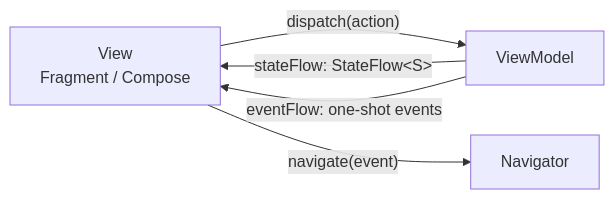
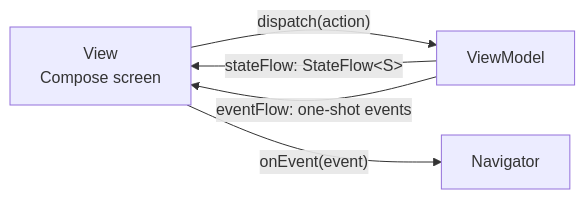
The diagram in docs/index.md (carmabs/Ema), drawn with Mermaid before and after one commit. The commit also changed other lines of this file and 36 other files, not shown here.

````diff
--- a/docs/index.md
+++ b/docs/index.md
@@ -13,7 +13,7 @@
 ```mermaid
 flowchart LR
-    V[View<br/>Fragment / Compose] -- "dispatch(action)" --> VM[ViewModel]
+    V[View<br/>Compose screen] -- "dispatch(action)" --> VM[ViewModel]
     VM -- "stateFlow: StateFlow&lt;S&gt;" --> V
     VM -- "eventFlow: one-shot events" --> V
-    V -- "navigate(event)" --> N[Navigator]
+    V -- "onEvent(event)" --> N[Navigator]
 ```
````
